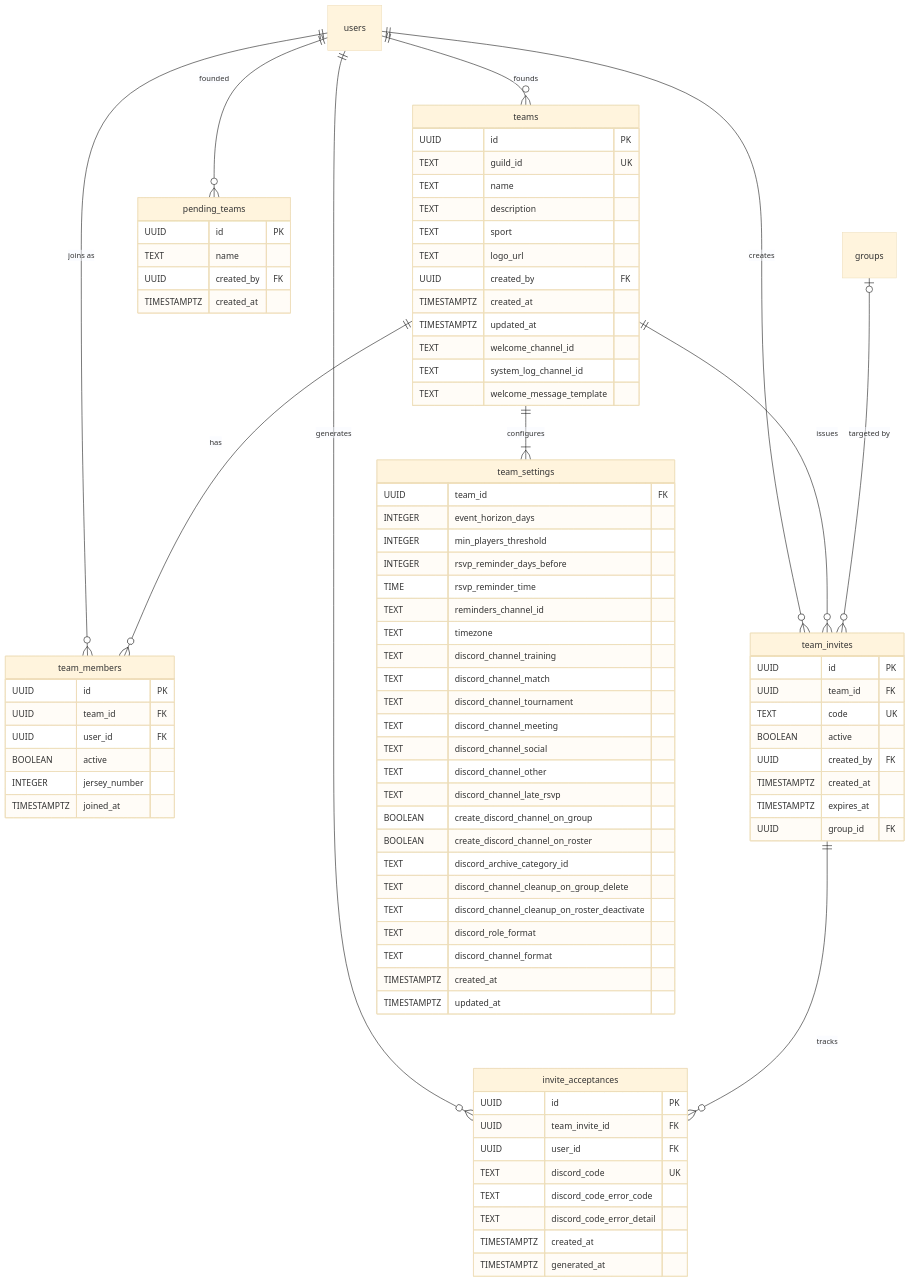
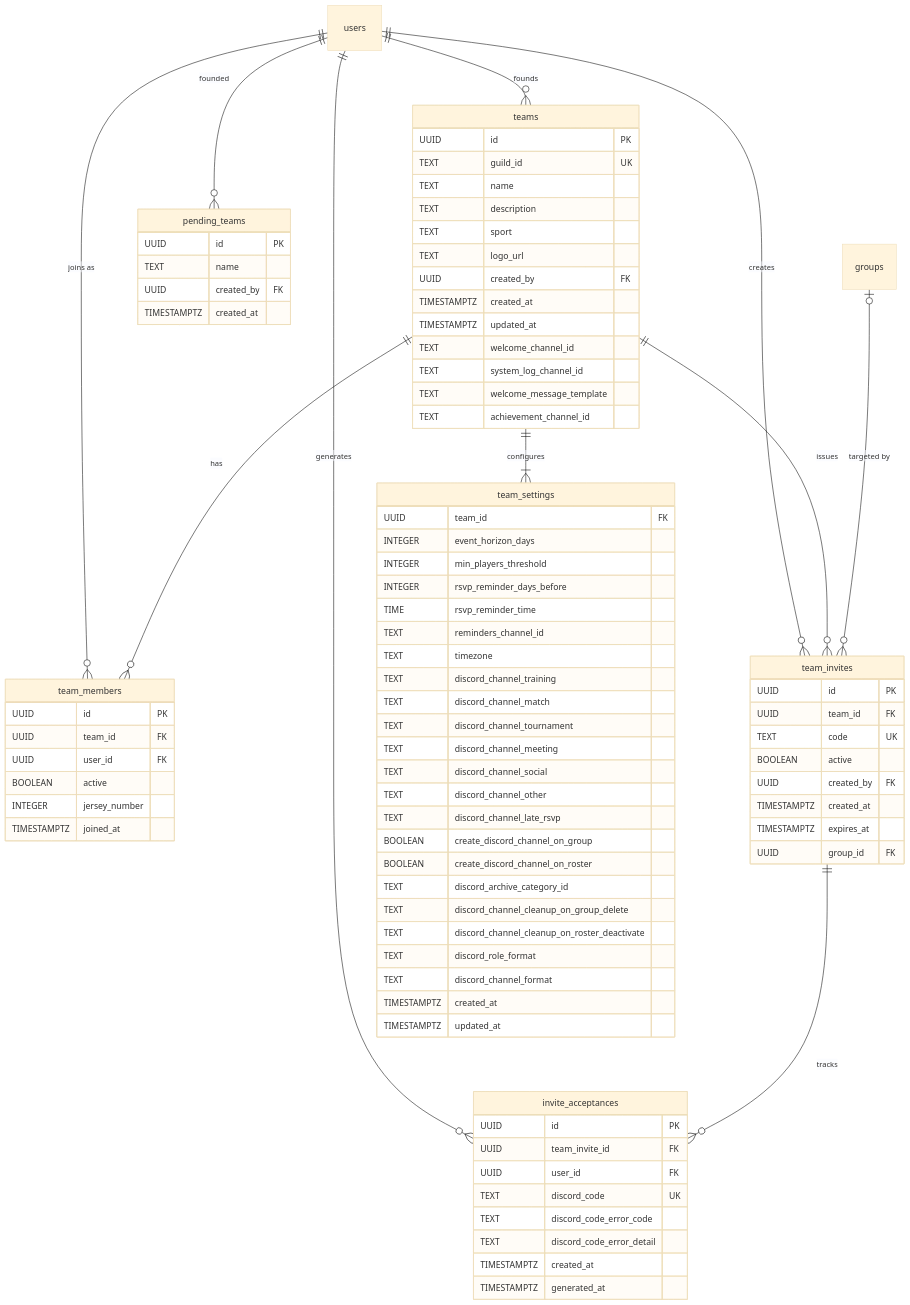
Before and after one commit to sideline-cz/sideline: the third of 15 diagrams in docs/thesis/er-diagram.md, drawn with Mermaid (base theme). The commit also changed 45 other files, not shown here.

First line of the commit message:
fix: configurable achievement notification channel (#323)

```diff
--- a/docs/thesis/er-diagram.md
+++ b/docs/thesis/er-diagram.md
@@ -185,6 +185,7 @@
         TEXT welcome_channel_id
         TEXT system_log_channel_id
         TEXT welcome_message_template
+        TEXT achievement_channel_id
     }
 
     team_members {
```
